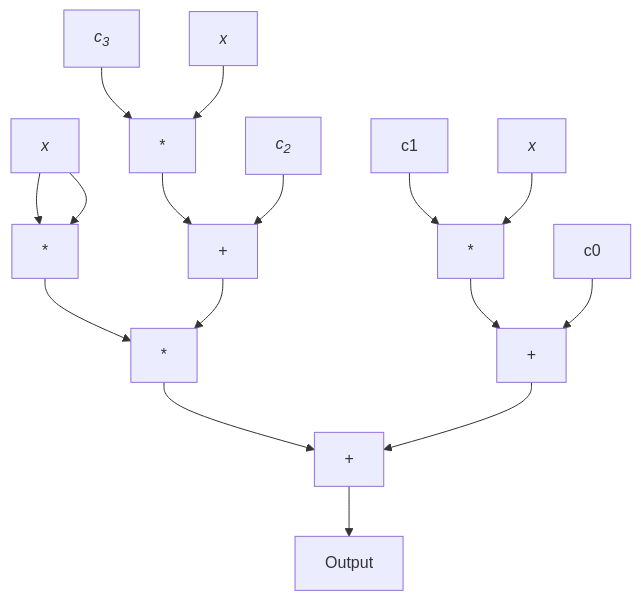
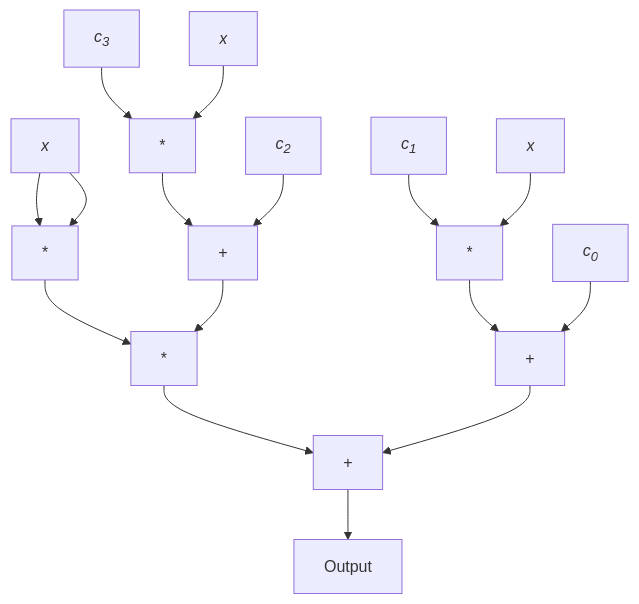
The third of 4 diagrams in _posts/2025-07-02-fast_cubic_evaluation.md (ammrat13/ammrat13.github.io), drawn with Mermaid before and after one commit.

Commit message:
Fixup: Bad node reference

```diff
--- a/_posts/2025-07-02-fast_cubic_evaluation.md
+++ b/_posts/2025-07-02-fast_cubic_evaluation.md
@@ -156,37 +156,37 @@
 <pre class="mermaid">
 flowchart TB
     xsq["`*x*`"]
     xl["`*x*`"]
     xr["`*x*`"]
 
     sq["`\*`"]
     xsq --> sq
     xsq --> sq
 
     c3["`*c<sub>3</sub>*`"]
     c2["`*c<sub>2</sub>*`"]
     ml["`\*`"]
     al["`\+`"]
     c3 --> ml
     xl --> ml
     ml --> al
     c2 --> al
 
-    c3["`*c<sub>3</sub>*`"]
-    c2["`*c<sub>2</sub>*`"]
+    c1["`*c<sub>1</sub>*`"]
+    c0["`*c<sub>0</sub>*`"]
     mr["`\*`"]
     ar["`\+`"]
     c1 --> mr
     xr --> mr
     mr --> ar
     c0 --> ar
 
     mt["`\*`"]
     at["`\+`"]
     sq --> mt
     al --> mt
     mt --> at
     ar --> at
 
     at --> Output
 </pre>
```
